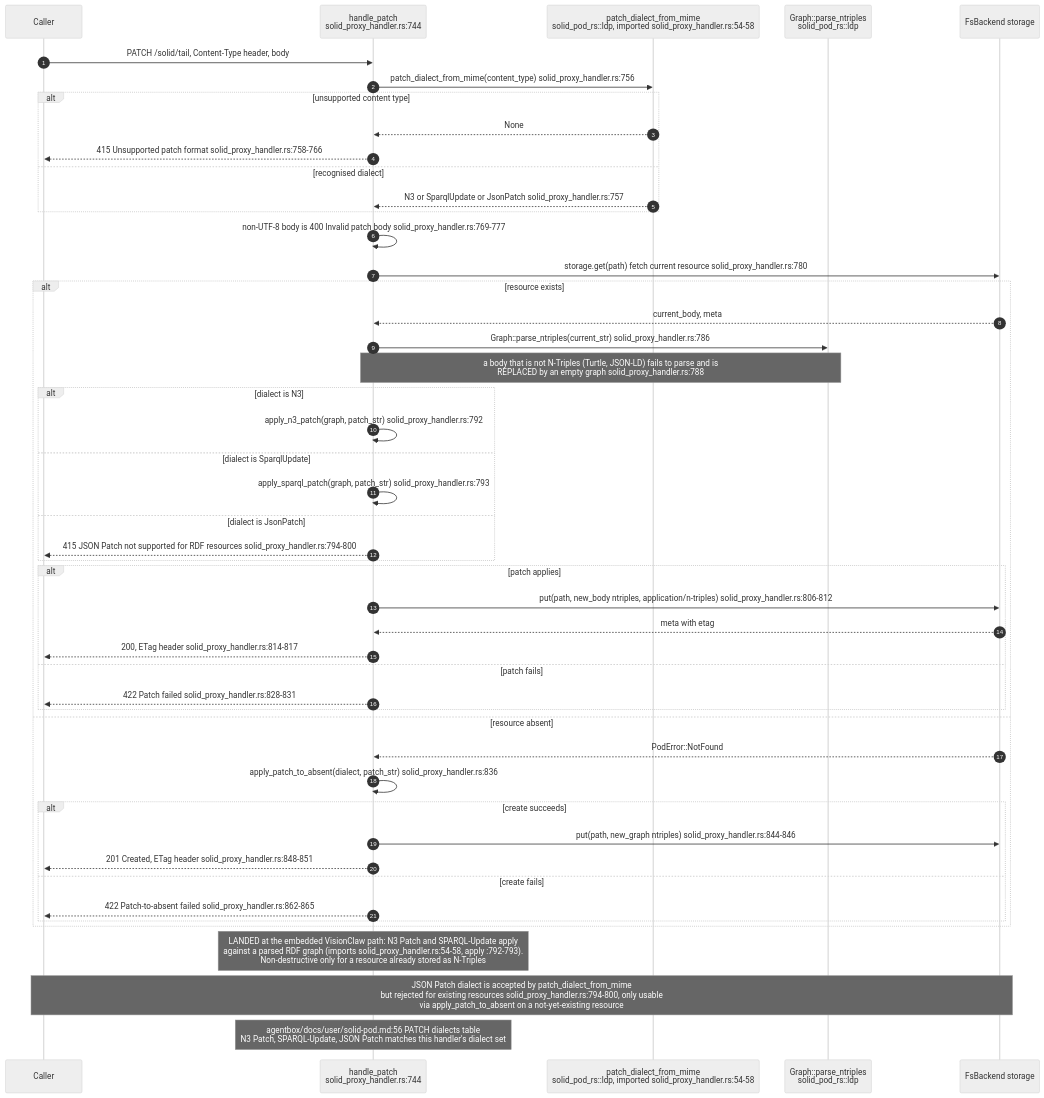
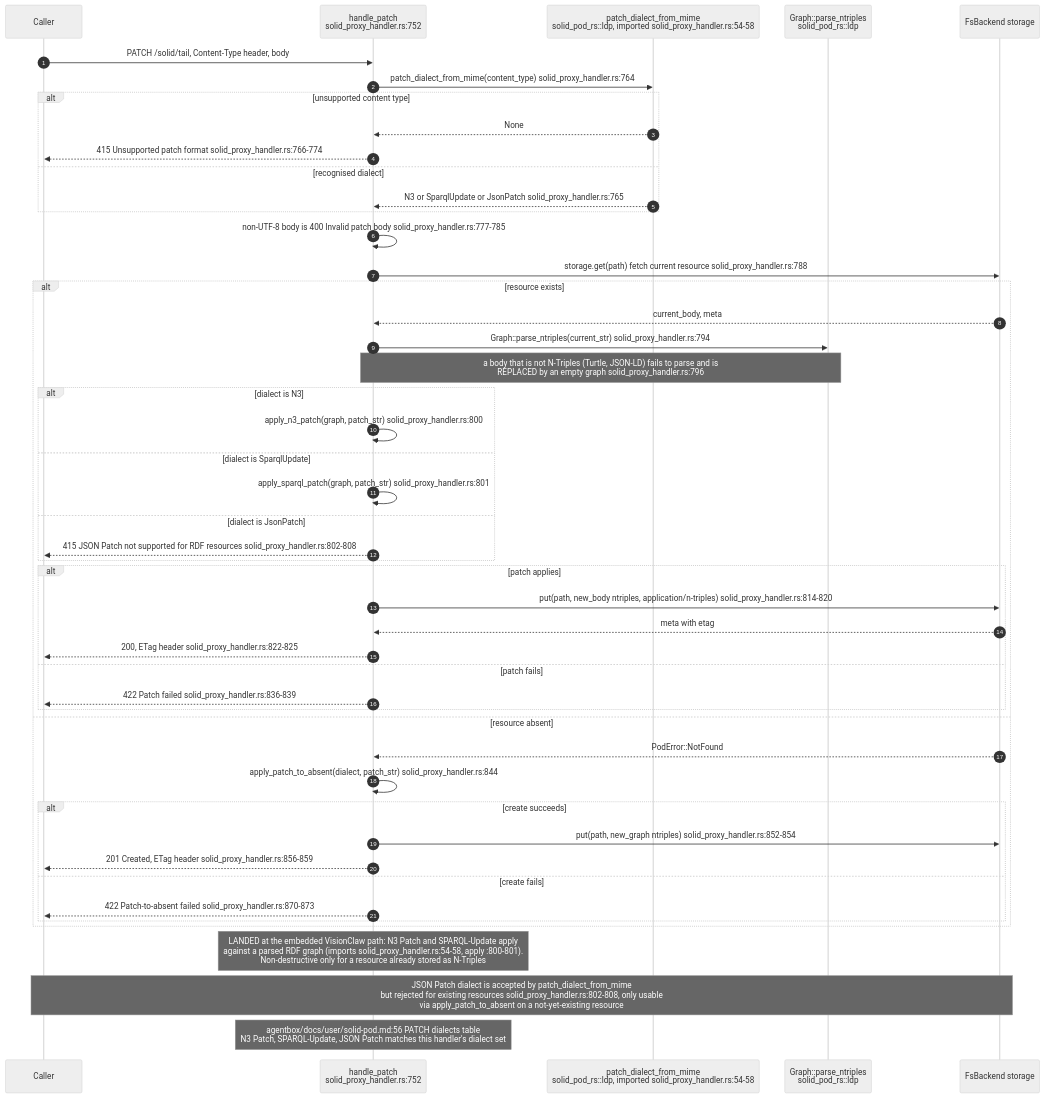
One commit to DreamLab-AI/VisionFlow changed the sixth of 13 diagrams in docs/diagrams/estate/08-solid-pod-estate.md. Above: the diagram before and after it, drawn with Mermaid (neutral theme). The commit also changed other lines of this file and 5 other files, not shown here.

````diff
--- a/docs/diagrams/estate/08-solid-pod-estate.md
+++ b/docs/diagrams/estate/08-solid-pod-estate.md
@@ -278,53 +280,53 @@
 ```mermaid
 sequenceDiagram
     autonumber
     participant C as Caller
-    participant H as handle_patch<br/>solid_proxy_handler.rs:744
+    participant H as handle_patch<br/>solid_proxy_handler.rs:752
     participant D as patch_dialect_from_mime<br/>solid_pod_rs::ldp, imported solid_proxy_handler.rs:54-58
     participant G as Graph::parse_ntriples<br/>solid_pod_rs::ldp
     participant FS as FsBackend storage
 
     C->>H: PATCH /solid/tail, Content-Type header, body
-    H->>D: patch_dialect_from_mime(content_type) solid_proxy_handler.rs:756
+    H->>D: patch_dialect_from_mime(content_type) solid_proxy_handler.rs:764
     alt unsupported content type
         D-->>H: None
-        H-->>C: 415 Unsupported patch format solid_proxy_handler.rs:758-766
+        H-->>C: 415 Unsupported patch format solid_proxy_handler.rs:766-774
     else recognised dialect
-        D-->>H: N3 or SparqlUpdate or JsonPatch solid_proxy_handler.rs:757
+        D-->>H: N3 or SparqlUpdate or JsonPatch solid_proxy_handler.rs:765
     end
-    H->>H: non-UTF-8 body is 400 Invalid patch body solid_proxy_handler.rs:769-777
+    H->>H: non-UTF-8 body is 400 Invalid patch body solid_proxy_handler.rs:777-785
 
-    H->>FS: storage.get(path) fetch current resource solid_proxy_handler.rs:780
+    H->>FS: storage.get(path) fetch current resource solid_proxy_handler.rs:788
     alt resource exists
         FS-->>H: current_body, meta
-        H->>G: Graph::parse_ntriples(current_str) solid_proxy_handler.rs:786
-        Note over H,G: a body that is not N-Triples (Turtle, JSON-LD) fails to parse and is<br/>REPLACED by an empty graph solid_proxy_handler.rs:788
+        H->>G: Graph::parse_ntriples(current_str) solid_proxy_handler.rs:794
+        Note over H,G: a body that is not N-Triples (Turtle, JSON-LD) fails to parse and is<br/>REPLACED by an empty graph solid_proxy_handler.rs:796
         alt dialect is N3
-            H->>H: apply_n3_patch(graph, patch_str) solid_proxy_handler.rs:792
+            H->>H: apply_n3_patch(graph, patch_str) solid_proxy_handler.rs:800
         else dialect is SparqlUpdate
-            H->>H: apply_sparql_patch(graph, patch_str) solid_proxy_handler.rs:793
+            H->>H: apply_sparql_patch(graph, patch_str) solid_proxy_handler.rs:801
         else dialect is JsonPatch
-            H-->>C: 415 JSON Patch not supported for RDF resources solid_proxy_handler.rs:794-800
+            H-->>C: 415 JSON Patch not supported for RDF resources solid_proxy_handler.rs:802-808
         end
         alt patch applies
-            H->>FS: put(path, new_body ntriples, application/n-triples) solid_proxy_handler.rs:806-812
+            H->>FS: put(path, new_body ntriples, application/n-triples) solid_proxy_handler.rs:814-820
             FS-->>H: meta with etag
-            H-->>C: 200, ETag header solid_proxy_handler.rs:814-817
+            H-->>C: 200, ETag header solid_proxy_handler.rs:822-825
         else patch fails
-            H-->>C: 422 Patch failed solid_proxy_handler.rs:828-831
+            H-->>C: 422 Patch failed solid_proxy_handler.rs:836-839
         end
     else resource absent
         FS-->>H: PodError::NotFound
-        H->>H: apply_patch_to_absent(dialect, patch_str) solid_proxy_handler.rs:836
+        H->>H: apply_patch_to_absent(dialect, patch_str) solid_proxy_handler.rs:844
         alt create succeeds
-            H->>FS: put(path, new_graph ntriples) solid_proxy_handler.rs:844-846
-            H-->>C: 201 Created, ETag header solid_proxy_handler.rs:848-851
+            H->>FS: put(path, new_graph ntriples) solid_proxy_handler.rs:852-854
+            H-->>C: 201 Created, ETag header solid_proxy_handler.rs:856-859
         else create fails
-            H-->>C: 422 Patch-to-absent failed solid_proxy_handler.rs:862-865
+            H-->>C: 422 Patch-to-absent failed solid_proxy_handler.rs:870-873
         end
     end
 
-    Note over H: LANDED at the embedded VisionClaw path: N3 Patch and SPARQL-Update apply<br/>against a parsed RDF graph (imports solid_proxy_handler.rs:54-58, apply :792-793).<br/>Non-destructive only for a resource already stored as N-Triples
-    Note over C,FS: JSON Patch dialect is accepted by patch_dialect_from_mime<br/>but rejected for existing resources solid_proxy_handler.rs:794-800, only usable<br/>via apply_patch_to_absent on a not-yet-existing resource
+    Note over H: LANDED at the embedded VisionClaw path: N3 Patch and SPARQL-Update apply<br/>against a parsed RDF graph (imports solid_proxy_handler.rs:54-58, apply :800-801).<br/>Non-destructive only for a resource already stored as N-Triples
+    Note over C,FS: JSON Patch dialect is accepted by patch_dialect_from_mime<br/>but rejected for existing resources solid_proxy_handler.rs:802-808, only usable<br/>via apply_patch_to_absent on a not-yet-existing resource
     Note over H: agentbox/docs/user/solid-pod.md:56 PATCH dialects table<br/>N3 Patch, SPARQL-Update, JSON Patch matches this handler's dialect set
 ```
````
